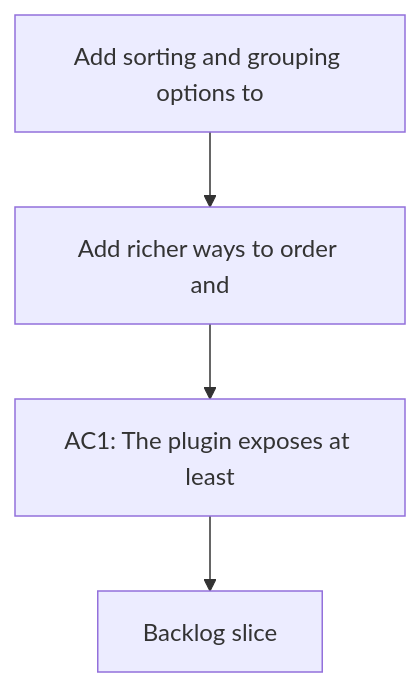
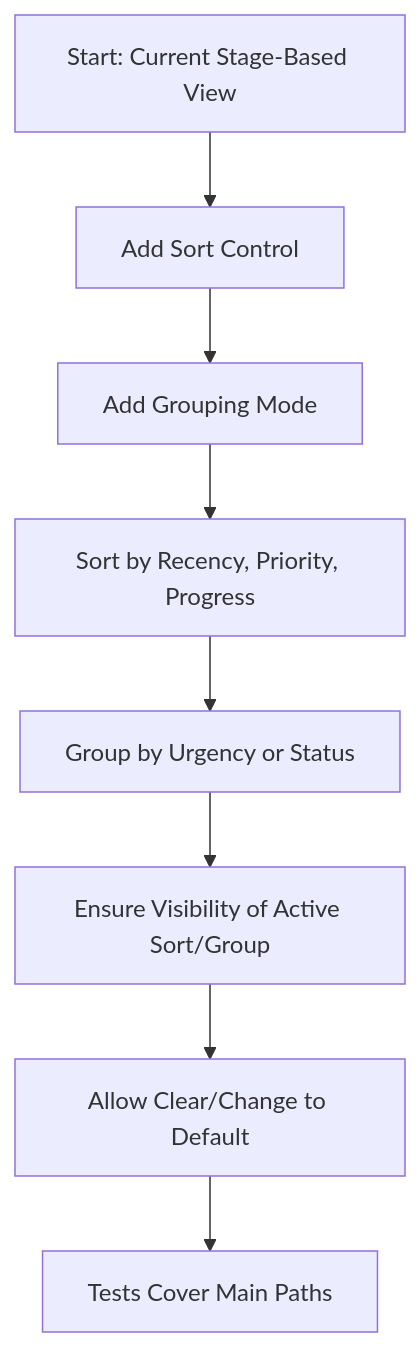
The diagram in logics/request/req_037_add_sorting_and_grouping_options_to_the_plugin.md (AlexAgo83/logics-manager), drawn with Mermaid before and after one commit. The commit also changed 50 other files, not shown here.

````diff
--- a/logics/request/req_037_add_sorting_and_grouping_options_to_the_plugin.md
+++ b/logics/request/req_037_add_sorting_and_grouping_options_to_the_plugin.md
@@ -10,8 +10,12 @@
 ```mermaid
 %% logics-kind: request
 %% logics-signature: request|add-sorting-and-grouping-options-to-the-|add-richer-ways-to-order-and|ac1-the-plugin-exposes-at-least
 flowchart TD
-    Trigger[Add sorting and grouping options to] --> Need[Add richer ways to order and]
-    Need --> Outcome[AC1: The plugin exposes at least]
-    Outcome --> Backlog[Backlog slice]
+    A[Start: Current Stage-Based View] --> B[Add Sort Control]
+    B --> C[Add Grouping Mode]
+    C --> D[Sort by Recency, Priority, Progress]
+    D --> E[Group by Urgency or Status]
+    E --> F[Ensure Visibility of Active Sort/Group]
+    F --> G[Allow Clear/Change to Default]
+    G --> H[Tests Cover Main Paths]
 ```
````
